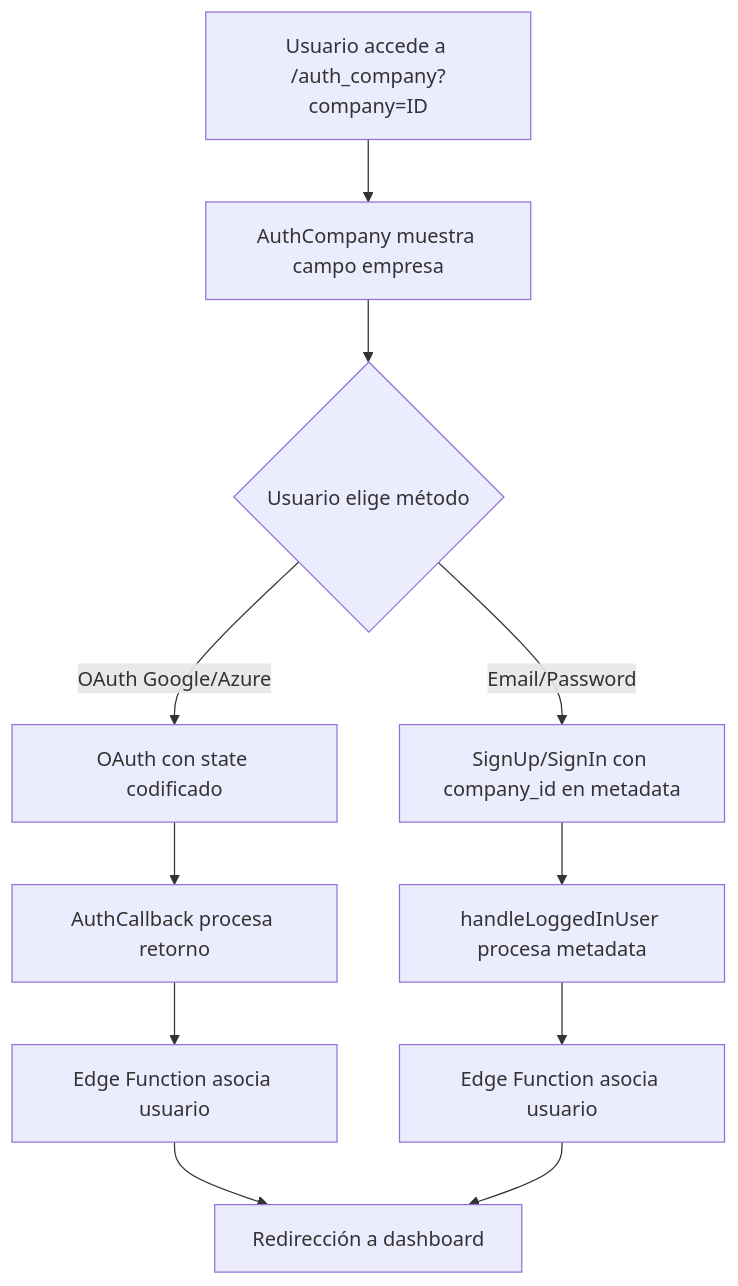
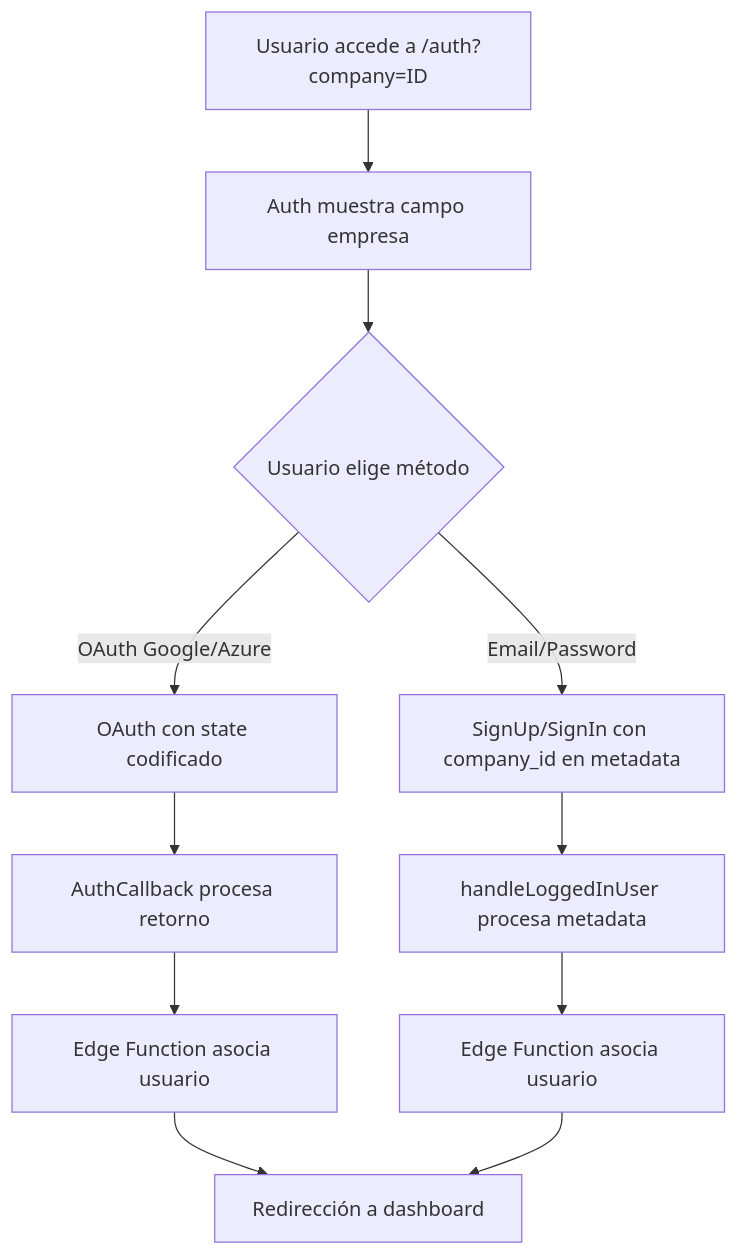
Before and after one commit to Sixale730/maity: the diagram in OAUTH_COMPANY_IMPLEMENTATION.md, drawn with Mermaid. The commit also changed other lines of this file and 1 other file, not shown here.

Commit message:
delete auth company 2

````diff
--- a/OAUTH_COMPANY_IMPLEMENTATION.md
+++ b/OAUTH_COMPANY_IMPLEMENTATION.md
@@ -16,13 +16,13 @@
 ```mermaid
 graph TD
-    A[Usuario accede a /auth_company?company=ID] --> B[AuthCompany muestra campo empresa]
+    A[Usuario accede a /auth?company=ID] --> B[Auth muestra campo empresa]
     B --> C{Usuario elige método}
     C -->|Email/Password| D[SignUp/SignIn con company_id en metadata]
     C -->|OAuth Google/Azure| E[OAuth con state codificado]
     D --> F[handleLoggedInUser procesa metadata]
     E --> G[AuthCallback procesa retorno]
     G --> H[Edge Function asocia usuario]
     F --> I[Edge Function asocia usuario]
     H --> J[Redirección a dashboard]
     I --> J
 ```
````
